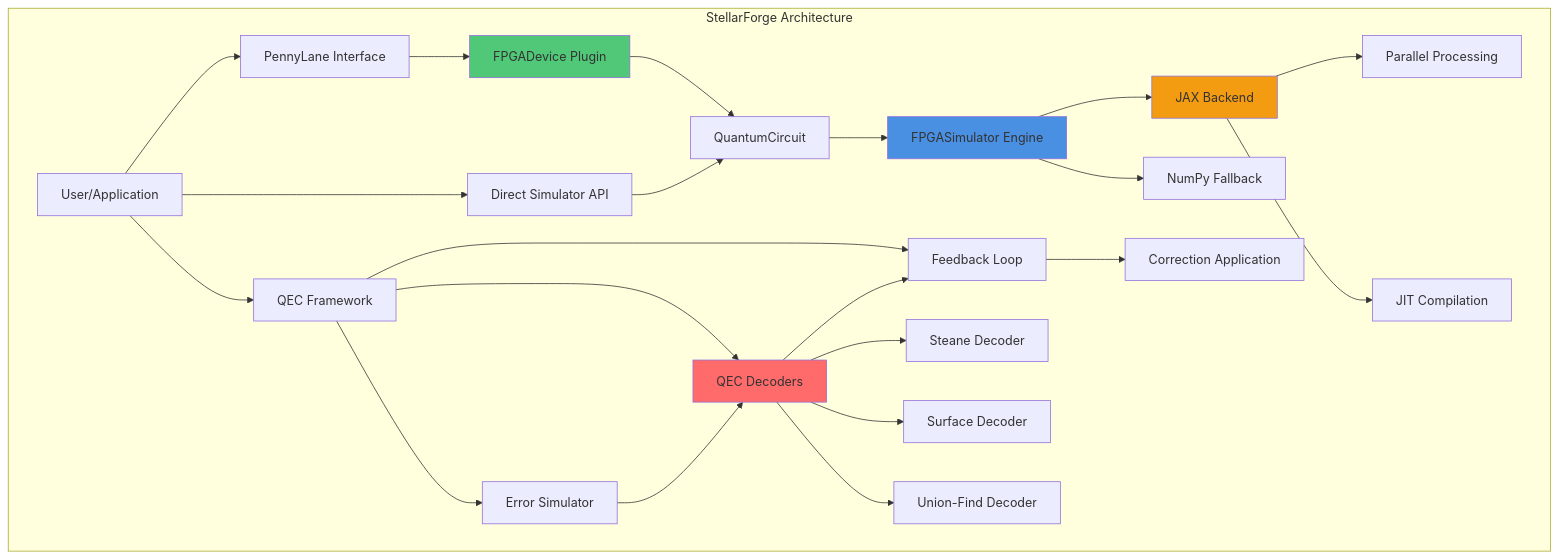
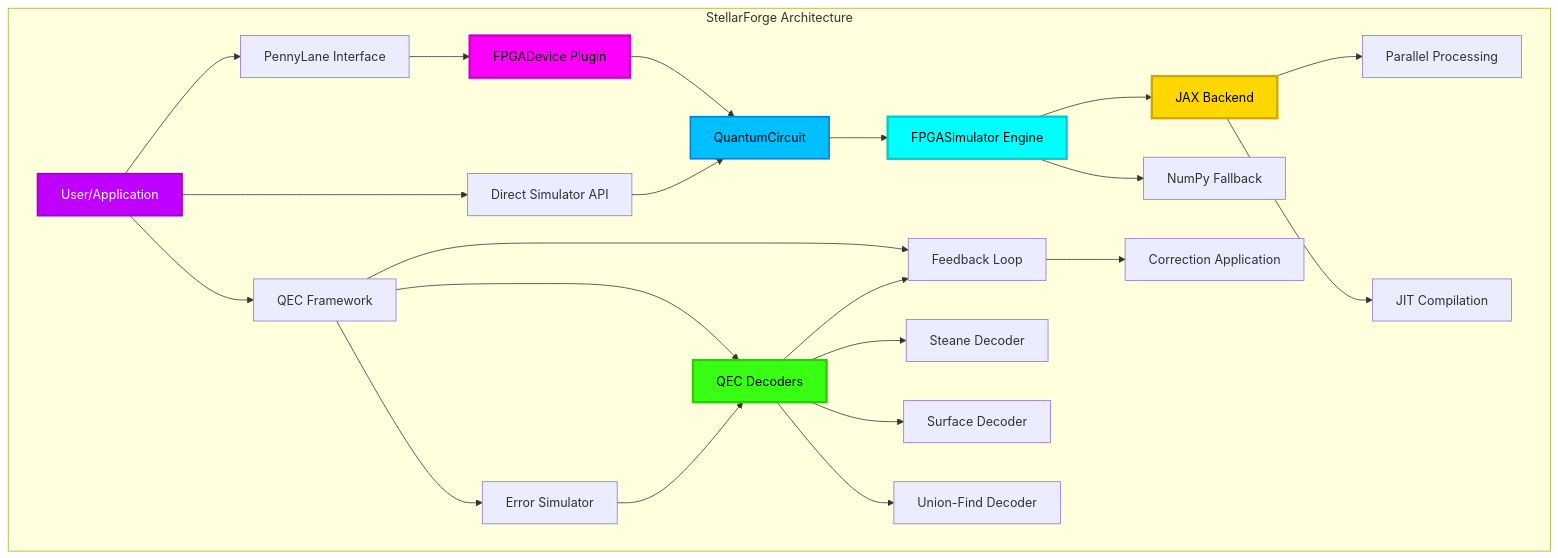
One commit to ahmed27037/Q changed the diagram in diagrams/01_system_architecture.mmd. Above: the diagram before and after it, drawn with Mermaid. The commit also changed other lines of this file and 10 other files, not shown here.

```diff
--- a/diagrams/01_system_architecture.mmd
+++ b/diagrams/01_system_architecture.mmd
@@ -1,35 +1,37 @@
 graph TB
     subgraph "StellarForge Architecture"
         A[User/Application] --> B[PennyLane Interface]
         A --> C[Direct Simulator API]
         A --> D[QEC Framework]
         
         B --> E[FPGADevice Plugin]
         E --> F[QuantumCircuit]
         
         C --> F
         F --> G[FPGASimulator Engine]
         
         D --> H[Error Simulator]
         D --> I[QEC Decoders]
         D --> J[Feedback Loop]
         
         G --> K[JAX Backend]
         G --> L[NumPy Fallback]
         
         I --> M[Steane Decoder]
         I --> N[Surface Decoder]
         I --> O[Union-Find Decoder]
         
         H --> I
         I --> J
         J --> P[Correction Application]
         
         K --> Q[Parallel Processing]
         K --> R[JIT Compilation]
         
-        style G fill:#4a90e2
-        style E fill:#50c878
-        style I fill:#ff6b6b
-        style K fill:#f39c12
+        style G fill:#00FFFF,stroke:#00CCCC,stroke-width:3px,color:#000
+        style E fill:#FF00FF,stroke:#CC00CC,stroke-width:3px,color:#000
+        style I fill:#39FF14,stroke:#2ECC00,stroke-width:3px,color:#000
+        style K fill:#FFD700,stroke:#CCAA00,stroke-width:3px,color:#000
+        style A fill:#BF00FF,stroke:#9900CC,stroke-width:2px,color:#FFF
+        style F fill:#00BFFF,stroke:#0080CC,stroke-width:2px,color:#000
     end
```
